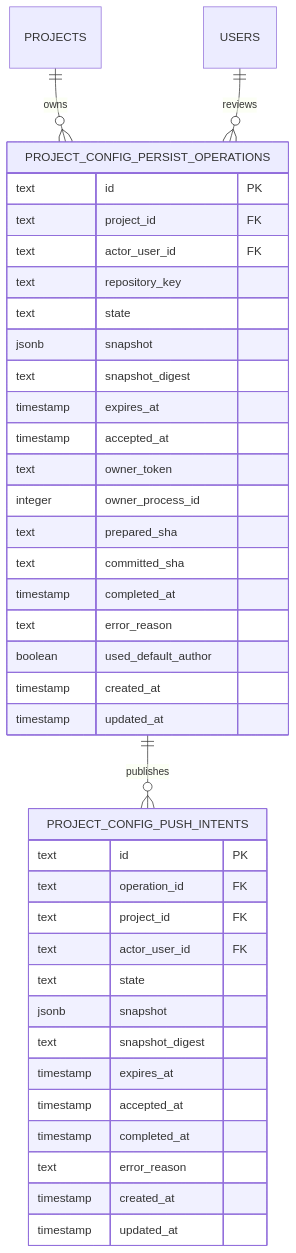
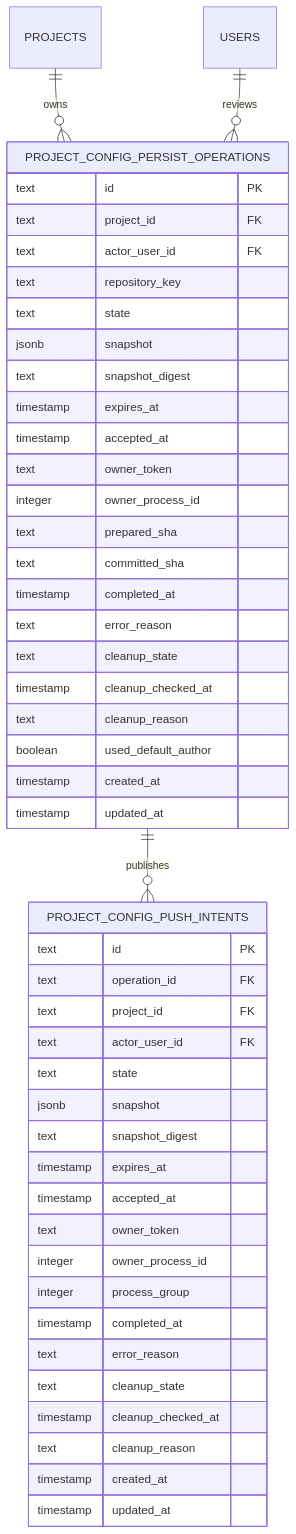
The fourth of 4 diagrams in docs/db/projects-domain.md (maister-dev/maister), drawn with Mermaid before and after one commit. The commit also changed 58 other files, not shown here.

````diff
--- a/docs/db/projects-domain.md
+++ b/docs/db/projects-domain.md
@@ -317,41 +317,50 @@
 ```mermaid
 erDiagram
     PROJECTS ||--o{ PROJECT_CONFIG_PERSIST_OPERATIONS : owns
     USERS ||--o{ PROJECT_CONFIG_PERSIST_OPERATIONS : reviews
     PROJECT_CONFIG_PERSIST_OPERATIONS ||--o{ PROJECT_CONFIG_PUSH_INTENTS : publishes
     PROJECT_CONFIG_PERSIST_OPERATIONS {
         text id PK
         text project_id FK
         text actor_user_id FK
         text repository_key
         text state
         jsonb snapshot
         text snapshot_digest
         timestamp expires_at
         timestamp accepted_at
         text owner_token
         integer owner_process_id
         text prepared_sha
         text committed_sha
         timestamp completed_at
         text error_reason
+        text cleanup_state
+        timestamp cleanup_checked_at
+        text cleanup_reason
         boolean used_default_author
         timestamp created_at
         timestamp updated_at
     }
     PROJECT_CONFIG_PUSH_INTENTS {
         text id PK
         text operation_id FK
         text project_id FK
         text actor_user_id FK
         text state
         jsonb snapshot
         text snapshot_digest
         timestamp expires_at
         timestamp accepted_at
+        text owner_token
+        integer owner_process_id
+        integer process_group
         timestamp completed_at
         text error_reason
+        text cleanup_state
+        timestamp cleanup_checked_at
+        text cleanup_reason
         timestamp created_at
         timestamp updated_at
     }
 ```
````
